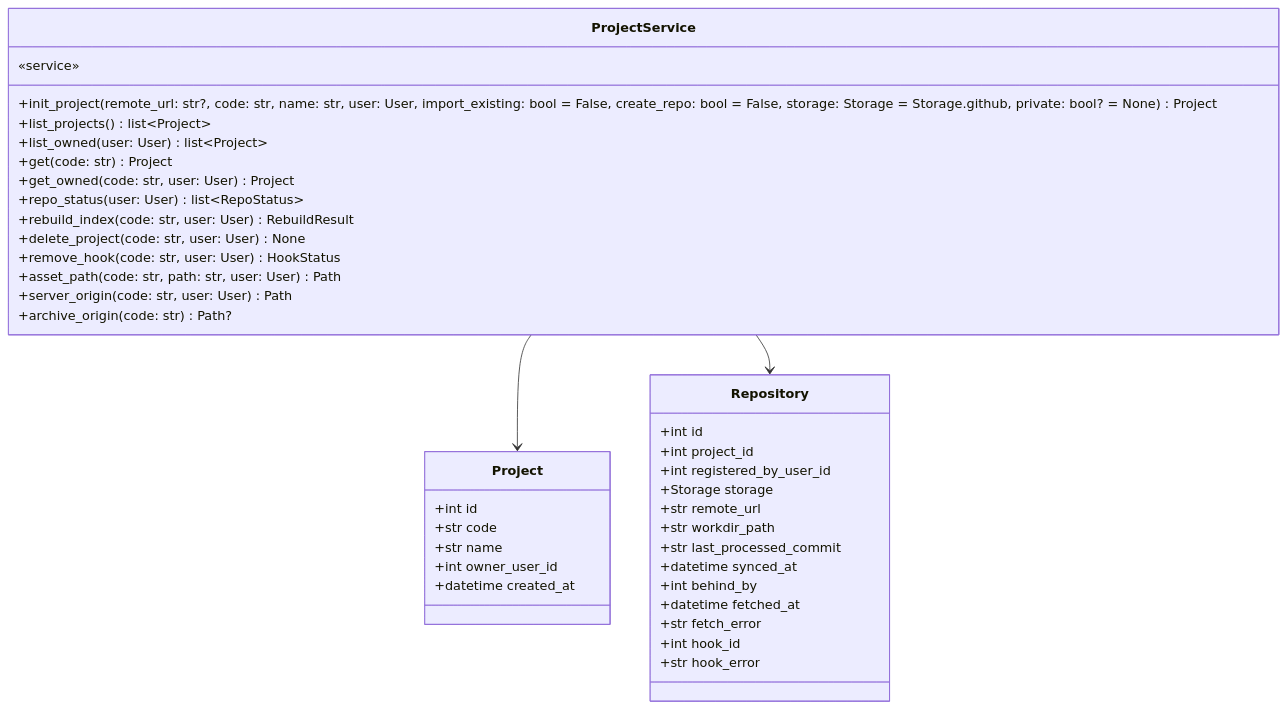
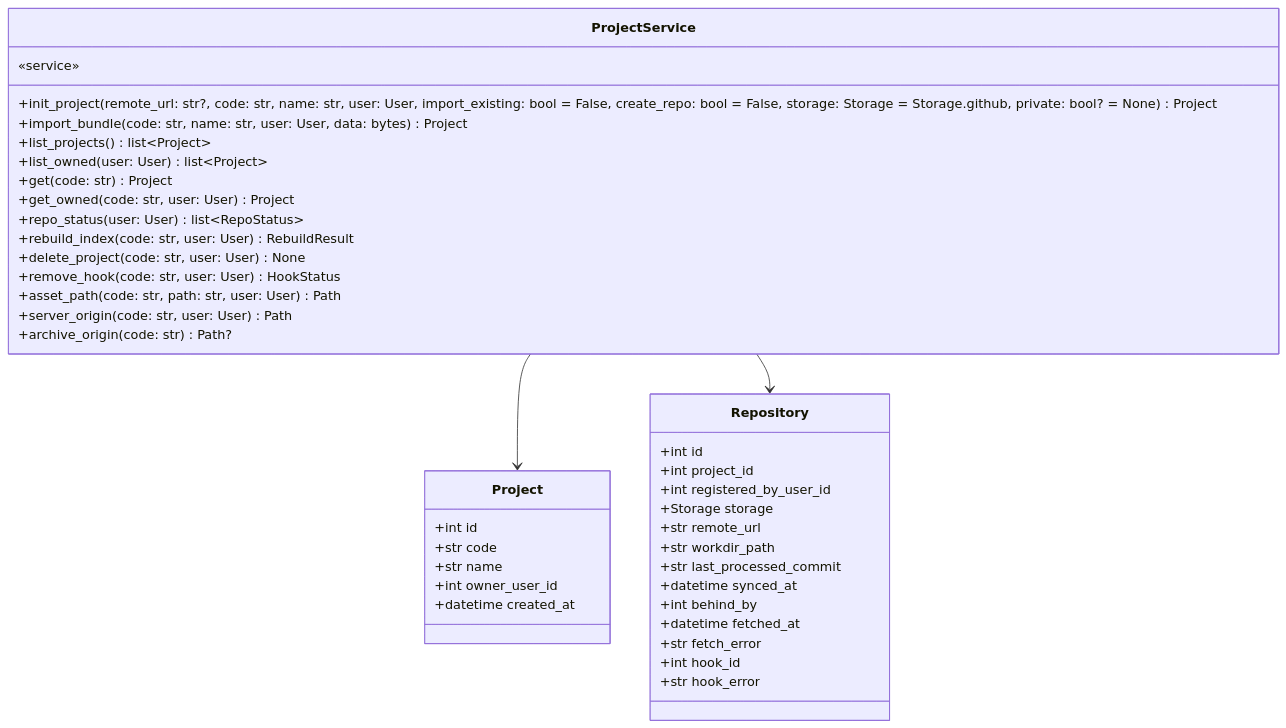
One commit to HoyoungParkme/syncdoc changed diagram 17 of 22 in docs/specs/06-DOM/SYNC-DOM-002.md. Above: the diagram before and after it, drawn with Mermaid. The commit also changed other lines of this file and 1 other file, not shown here.

Commit message:
spec(SYNC-MS-001): ProjectService.import_bundle (카드 BX)

````diff
--- a/docs/specs/06-DOM/SYNC-DOM-002.md
+++ b/docs/specs/06-DOM/SYNC-DOM-002.md
@@ -725,42 +725,43 @@
 ```mermaid
 classDiagram
     class ProjectService {
         «service»
         +init_project(remote_url: str?, code: str, name: str, user: User, import_existing: bool = False, create_repo: bool = False, storage: Storage = Storage.github, private: bool? = None) Project
+        +import_bundle(code: str, name: str, user: User, data: bytes) Project
         +list_projects() list~Project~
         +list_owned(user: User) list~Project~
         +get(code: str) Project
         +get_owned(code: str, user: User) Project
         +repo_status(user: User) list~RepoStatus~
         +rebuild_index(code: str, user: User) RebuildResult
         +delete_project(code: str, user: User) None
         +remove_hook(code: str, user: User) HookStatus
         +asset_path(code: str, path: str, user: User) Path
         +server_origin(code: str, user: User) Path
         +archive_origin(code: str) Path?
     }
     class Project {
         +int id
         +str code
         +str name
         +int owner_user_id
         +datetime created_at
     }
     class Repository {
         +int id
         +int project_id
         +int registered_by_user_id
         +Storage storage
         +str remote_url
         +str workdir_path
         +str last_processed_commit
         +datetime synced_at
         +int behind_by
         +datetime fetched_at
         +str fetch_error
         +int hook_id
         +str hook_error
     }
     ProjectService --> Project
     ProjectService --> Repository
 ```
````
